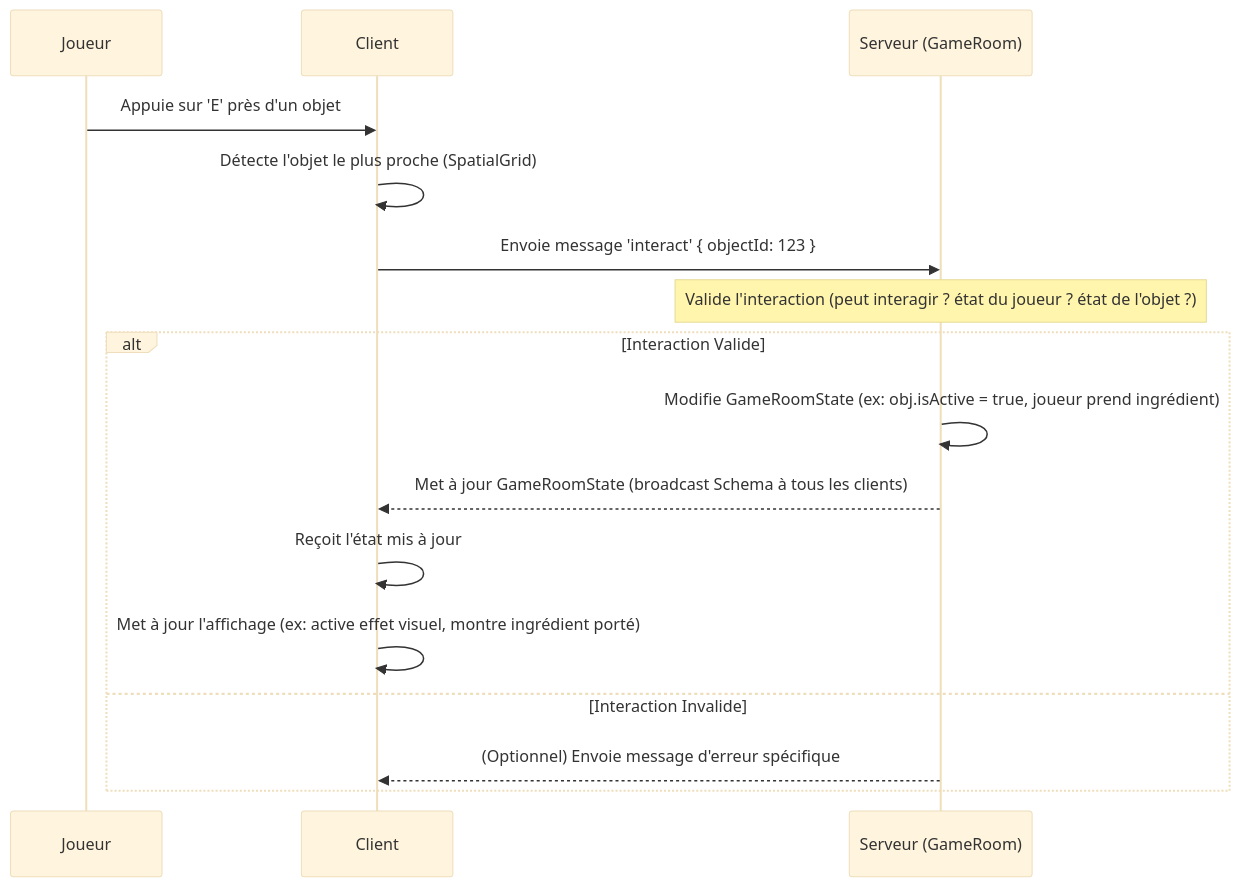
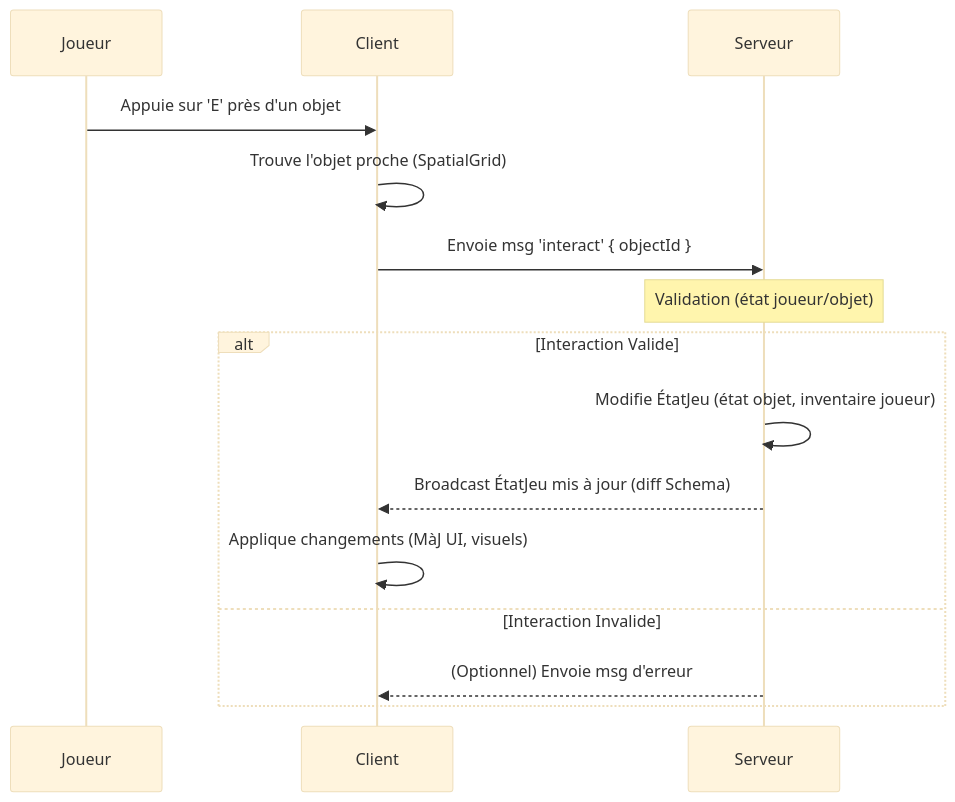
Before and after one commit to TriForMine/Delixia: the second of 3 diagrams in README.md, drawn with Mermaid (base theme). The commit also changed other lines of this file, not shown here.

Commit message:
feat(README): enhance game description and mechanics with emojis for better engagement

````diff
--- a/README.md
+++ b/README.md
@@ -88,19 +96,18 @@
     ```mermaid
     sequenceDiagram
         participant Joueur
         participant Client
-        participant Serveur (GameRoom)
+        participant Serveur
 
         Joueur->>Client: Appuie sur 'E' près d'un objet
-        Client->>Client: Détecte l'objet le plus proche (SpatialGrid)
-        Client->>Serveur (GameRoom): Envoie message 'interact' { objectId: 123 }
-        Note over Serveur (GameRoom): Valide l'interaction (peut interagir ? état du joueur ? état de l'objet ?)
+        Client->>Client: Trouve l'objet proche (SpatialGrid)
+        Client->>Serveur: Envoie msg 'interact' { objectId }
+        Note over Serveur: Validation (état joueur/objet)
         alt Interaction Valide
-            Serveur (GameRoom)->>Serveur (GameRoom): Modifie GameRoomState (ex: obj.isActive = true, joueur prend ingrédient)
-            Serveur (GameRoom)-->>Client: Met à jour GameRoomState (broadcast Schema à tous les clients)
-            Client->>Client: Reçoit l'état mis à jour
-            Client->>Client: Met à jour l'affichage (ex: active effet visuel, montre ingrédient porté)
+            Serveur->>Serveur: Modifie ÉtatJeu (état objet, inventaire joueur)
+            Serveur-->>Client: Broadcast ÉtatJeu mis à jour (diff Schema)
+            Client->>Client: Applique changements (MàJ UI, visuels)
         else Interaction Invalide
-            Serveur (GameRoom)-->>Client: (Optionnel) Envoie message d'erreur spécifique
+            Serveur-->>Client: (Optionnel) Envoie msg d'erreur
         end
     ```
````
